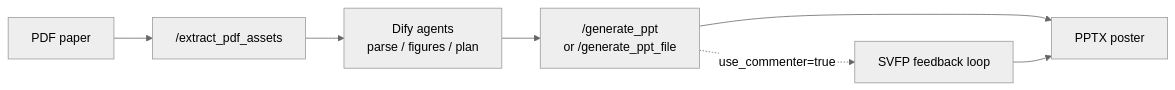
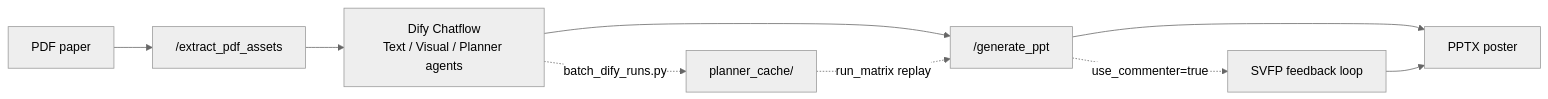
The diagram in README.md (GHMikael/poster_agent_backend), drawn with Mermaid (neutral theme) before and after one commit. The commit also changed other lines of this file and 36 other files, not shown here.

First line of the commit message:
Release v5.1: Dify batch pipeline and 30-paper experiment scale-up.

````diff
--- a/README.md
+++ b/README.md
@@ -62,9 +72,11 @@
 ```mermaid
 flowchart LR
   PDF[PDF paper] --> A["/extract_pdf_assets"]
-  A --> Dify[Dify agents<br/>parse / figures / plan]
-  Dify --> B["/generate_ppt<br/>or /generate_ppt_file"]
+  A --> Dify[Dify Chatflow<br/>Text / Visual / Planner agents]
+  Dify --> B["/generate_ppt"]
   B --> R[PPTX poster]
   B -.->|use_commenter=true| Loop[SVFP feedback loop]
   Loop --> R
+  Dify -.->|batch_dify_runs.py| Cache[planner_cache/]
+  Cache -.->|run_matrix replay| B
 ```
````
